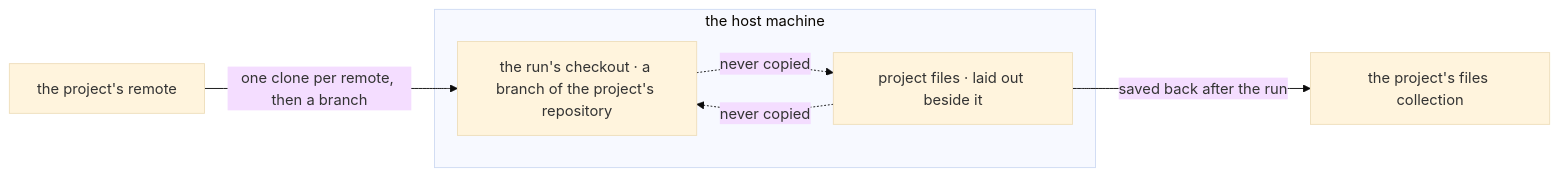
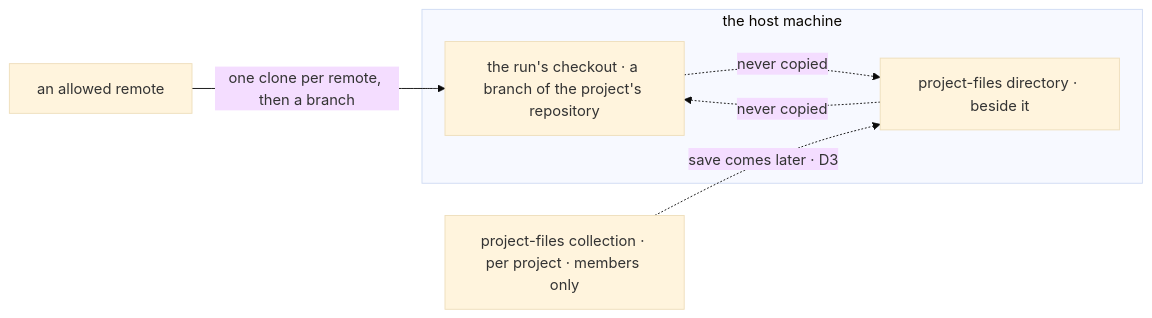
Before and after one commit to fixpoint-labs/flow-state-dev: the diagram in specs/issues/FIX-1762/BUSINESS-RULES.md, drawn with Mermaid (base theme). The commit also changed other lines of this file and 8 other files, not shown here.

````diff
--- a/specs/issues/FIX-1762/BUSINESS-RULES.md
+++ b/specs/issues/FIX-1762/BUSINESS-RULES.md
@@ -48,11 +58,11 @@
 ```mermaid
 flowchart LR
   subgraph host["the host machine"]
     K["the run's checkout · a branch of the project's repository"]
-    S["project files · laid out beside it"]
+    S["project-files directory · beside it"]
   end
   K -.->|"never copied"| S
   S -.->|"never copied"| K
-  S -->|"saved back after the run"| C["the project's files collection"]
-  R["the project's remote"] -->|"one clone per remote, then a branch"| K
+  R["an allowed remote"] -->|"one clone per remote, then a branch"| K
+  C["project-files collection · per project · members only"] -.->|"save comes later · D3"| S
 ```
````
